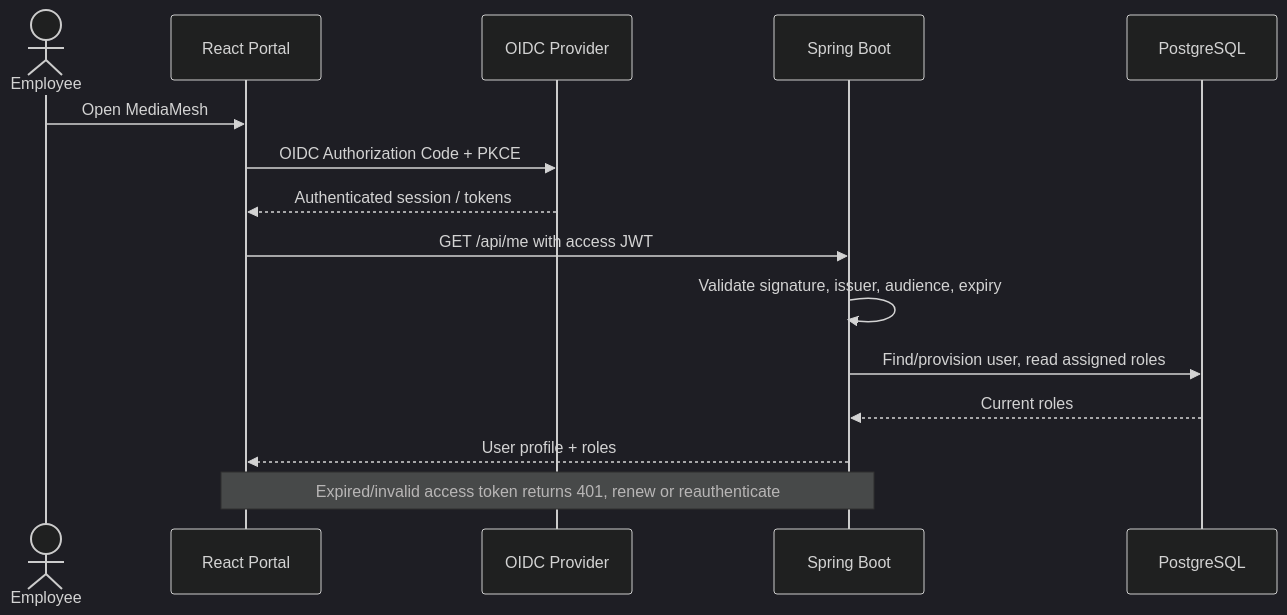
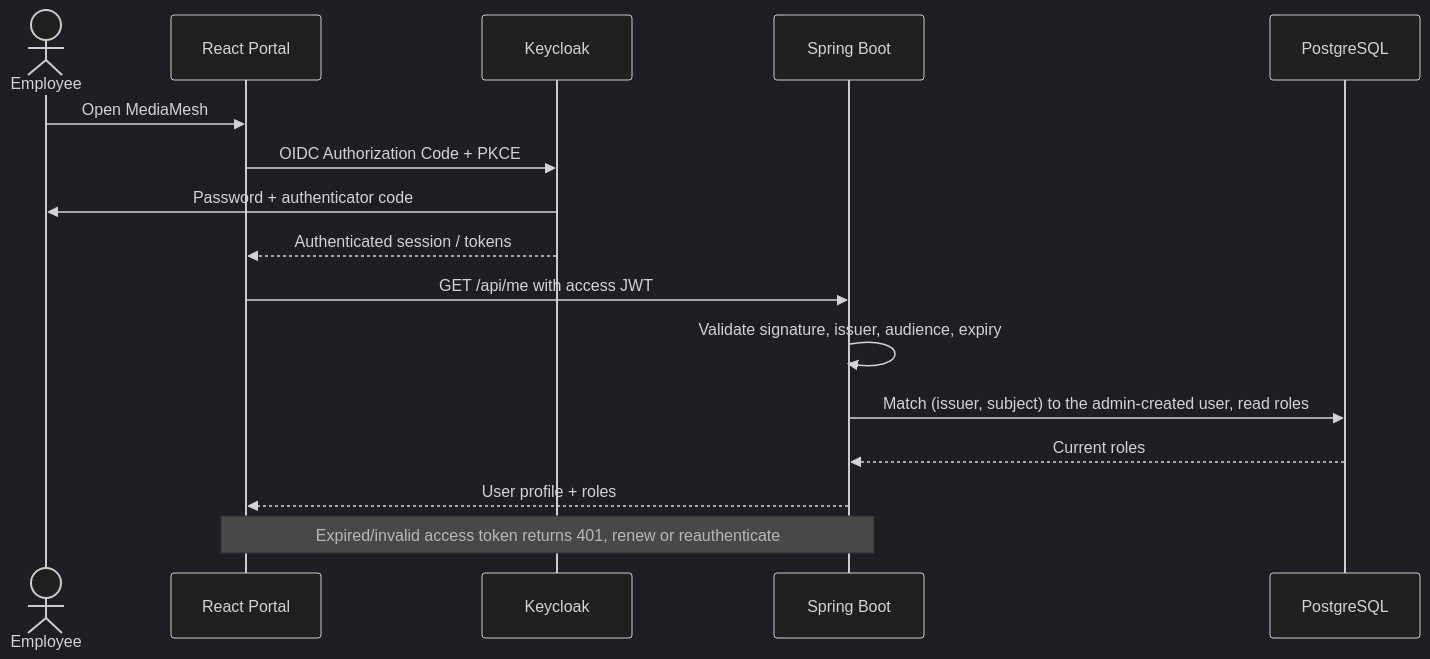
Before and after one commit to sagarparker/CMPE_272_PROJECT: the second of 6 diagrams in README.md, drawn with Mermaid (dark theme). The commit also changed other lines of this file, not shown here.

First line of the commit message:
docs(readme): align architecture and workflows with the implemented system

````diff
--- a/README.md
+++ b/README.md
@@ -122,17 +133,18 @@
 ```mermaid
 sequenceDiagram
     actor Employee
     participant UI as React Portal
-    participant IdP as OIDC Provider
+    participant IdP as Keycloak
     participant API as Spring Boot
     participant DB as PostgreSQL
     Employee->>UI: Open MediaMesh
     UI->>IdP: OIDC Authorization Code + PKCE
+    IdP->>Employee: Password + authenticator code
     IdP-->>UI: Authenticated session / tokens
     UI->>API: GET /api/me with access JWT
     API->>API: Validate signature, issuer, audience, expiry
-    API->>DB: Find/provision user, read assigned roles
+    API->>DB: Match (issuer, subject) to the admin-created user, read roles
     DB-->>API: Current roles
     API-->>UI: User profile + roles
     Note over UI,API: Expired/invalid access token returns 401, renew or reauthenticate
 ```
````
